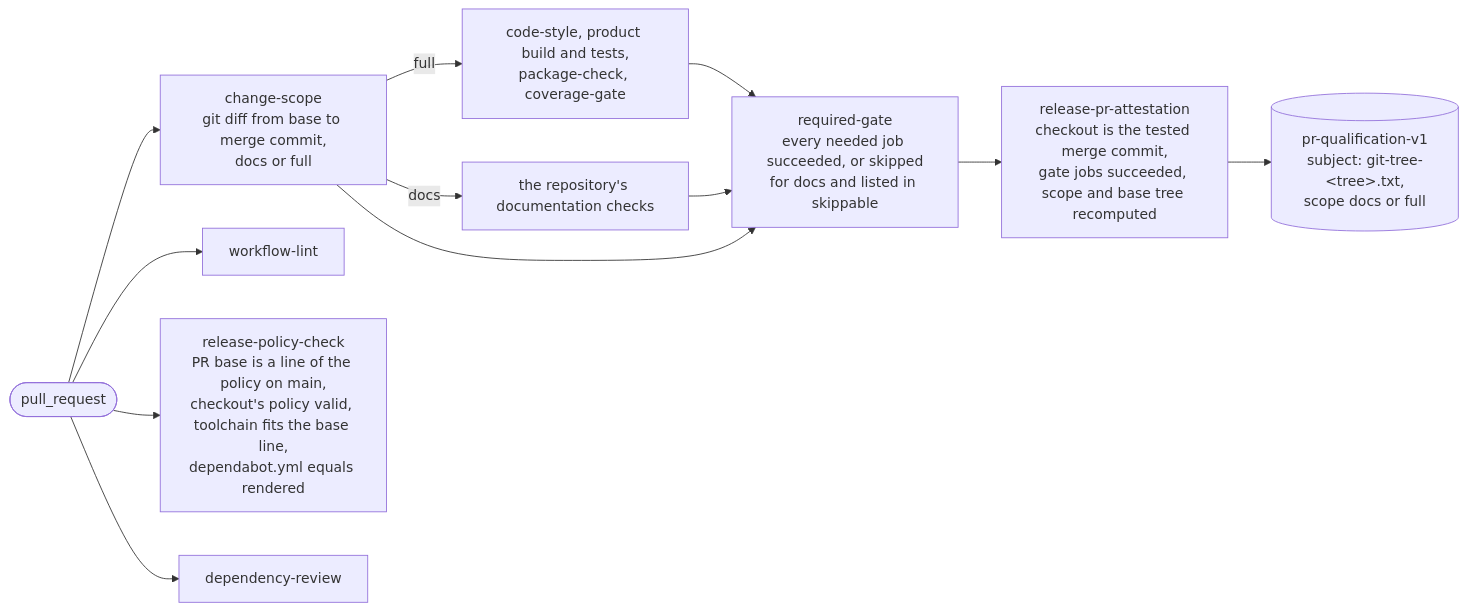
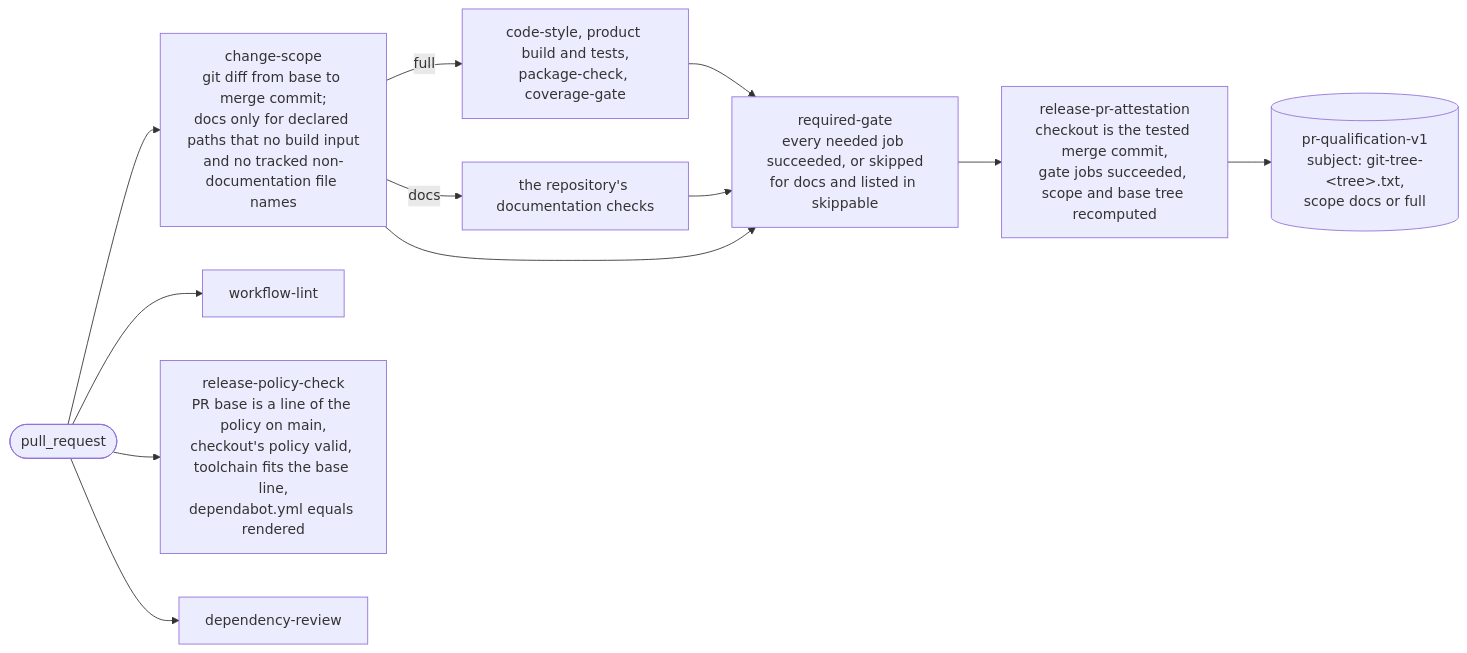
The fifth of 19 diagrams in docs/overview.md (doka-labs/workflows), drawn with Mermaid before and after one commit. The commit also changed 3 other files, not shown here.

First line of the commit message:
fix(workflows): docs scope only for declared, unreferenced paths

````diff
--- a/docs/overview.md
+++ b/docs/overview.md
@@ -159,14 +159,14 @@
 ```mermaid
 flowchart LR
-  pr(["pull_request"]) --> scope["change-scope<br/>git diff from base to merge commit,<br/>docs or full"]
+  pr(["pull_request"]) --> scope["change-scope<br/>git diff from base to merge commit;<br/>docs only for declared paths that no build input<br/>and no tracked non-documentation file names"]
   pr --> lint["workflow-lint"]
   pr --> check["release-policy-check<br/>PR base is a line of the policy on main,<br/>checkout's policy valid, toolchain fits the base line,<br/>dependabot.yml equals rendered"]
   pr --> review["dependency-review"]
   scope -- full --> heavy["code-style, product build and tests,<br/>package-check, coverage-gate"]
   scope -- docs --> docs["the repository's documentation checks"]
   heavy --> req["required-gate<br/>every needed job succeeded, or skipped<br/>for docs and listed in skippable"]
   docs --> req
   scope --> req
   req --> prat["release-pr-attestation<br/>checkout is the tested merge commit,<br/>gate jobs succeeded, scope and base tree recomputed"]
   prat --> att[("pr-qualification-v1<br/>subject: git-tree-&lt;tree&gt;.txt,<br/>scope docs or full")]
 ```
````
